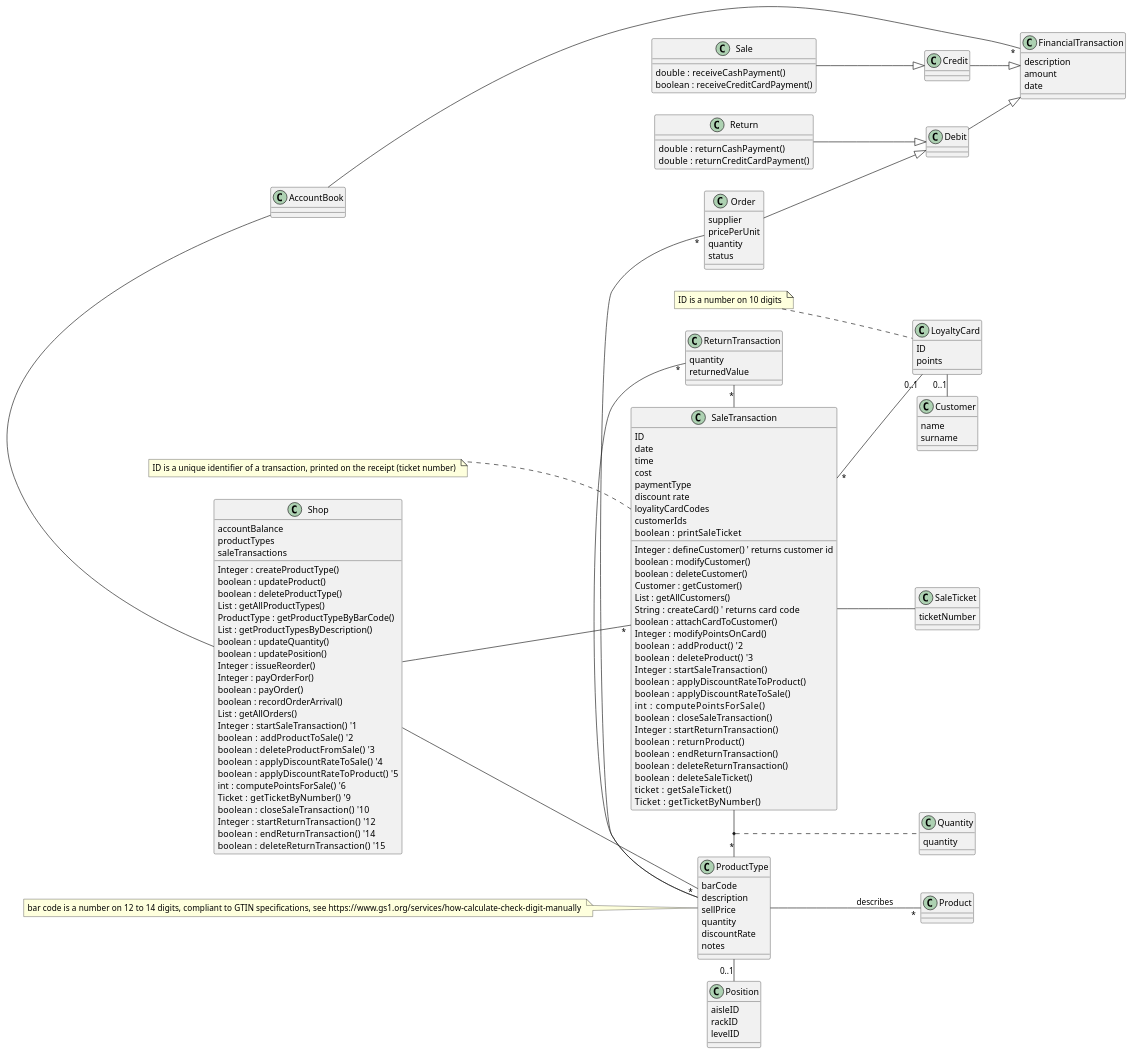
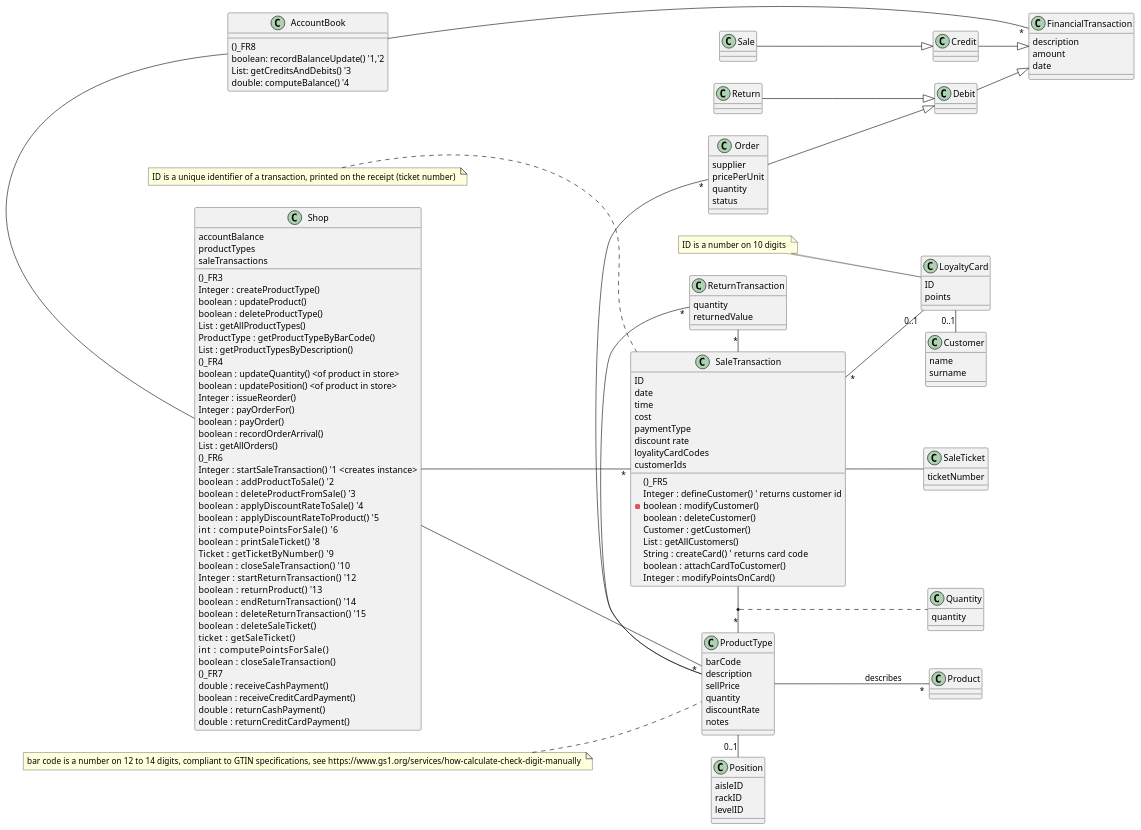
Before and after one commit to zitabou/EZShop: the second of 2 diagrams in Deliverables/DesignDocument.md, drawn with PlantUML. The commit also changed other lines of this file, not shown here.

```diff
--- a/Deliverables/DesignDocument.md
+++ b/Deliverables/DesignDocument.md
@@ -51,43 +53,60 @@
     accountBalance
     productTypes
     saleTransactions
-    'FR3
+    
+    ()_FR3
     Integer : createProductType()
     boolean : updateProduct()
     boolean : deleteProductType()
     List : getAllProductTypes()
     ProductType : getProductTypeByBarCode()
     List : getProductTypesByDescription()
-    'FR4
-    boolean : updateQuantity()
-    boolean : updatePosition()
+    ()_FR4
+    boolean : updateQuantity() <of product in store>
+    boolean : updatePosition() <of product in store>
     Integer : issueReorder()
     Integer : payOrderFor()
     boolean : payOrder()
     boolean : recordOrderArrival()
     List : getAllOrders()
-    'FR6
-    Integer  : startSaleTransaction() '1
+    ()_FR6
+    Integer  : startSaleTransaction() '1 <creates instance>
     boolean   : addProductToSale() '2
     boolean   : deleteProductFromSale() '3
     boolean   : applyDiscountRateToSale() '4
     boolean   : applyDiscountRateToProduct() '5 
-    int  : computePointsForSale() '6
-    Ticket   : getTicketByNumber() '9
+    int       : computePointsForSale() '6
+    boolean   : printSaleTicket() '8
+    Ticket    : getTicketByNumber() '9
     boolean   : closeSaleTransaction() '10
     Integer   : startReturnTransaction() '12
+    boolean   : returnProduct() '13
     boolean   : endReturnTransaction() '14
     boolean   : deleteReturnTransaction() '15
-
+    boolean   : deleteSaleTicket()
+    ticket    : getSaleTicket()
+    int       : computePointsForSale()
+    boolean   : closeSaleTransaction()
+    ()_FR7
+    double  : receiveCashPayment()
+    boolean : receiveCreditCardPayment()
+    double  : returnCashPayment()
+    double  : returnCreditCardPayment()
 
 }
 
-class AccountBook 
+class AccountBook{
+    ()_FR8
+    boolean: recordBalanceUpdate() '1,'2
+    List: getCreditsAndDebits() '3
+    double: computeBalance() '4
+}
 AccountBook - Shop
+
 class FinancialTransaction {
- description
- amount
- date
+    description
+    amount
+    date
 }
 AccountBook -- "*" FinancialTransaction
 
@@ -98,14 +117,8 @@
 Debit --|> FinancialTransaction
 
 class Order
-class Sale{
-double  : receiveCashPayment()
-boolean : receiveCreditCardPayment()
-}
-class Return{
-double  : returnCashPayment()
-double  : returnCreditCardPayment()
-}
+class Sale
+class Return
 
 Order --|> Debit
 Sale --|> Credit
@@ -132,31 +145,16 @@
     discount rate
     loyalityCardCodes
     customerIds
-    'FR5
+    ()_FR5
     Integer : defineCustomer() ' returns customer id
-    boolean : modifyCustomer()
+    -boolean : modifyCustomer()
     boolean : deleteCustomer()
     Customer : getCustomer()
     List : getAllCustomers()
     String : createCard()  ' returns card code
     boolean : attachCardToCustomer()
     Integer  : modifyPointsOnCard()
-    'FR6
-    boolean   : addProduct() '2
-    boolean   : deleteProduct() '3
-    Integer   : startSaleTransaction()
-    boolean   : applyDiscountRateToProduct()
-    boolean   : applyDiscountRateToSale()
-    int       : computePointsForSale()
-    boolean   : closeSaleTransaction()
-    Integer   : startReturnTransaction()
-    boolean   : returnProduct()
-    boolean   : endReturnTransaction()
-    boolean   : deleteReturnTransaction()
-    boolean   : printSaleTicket
-    boolean   : deleteSaleTicket()
-    ticket    : getSaleTicket()
-    Ticket    : getTicketByNumber()
+
 
 
 }
```
